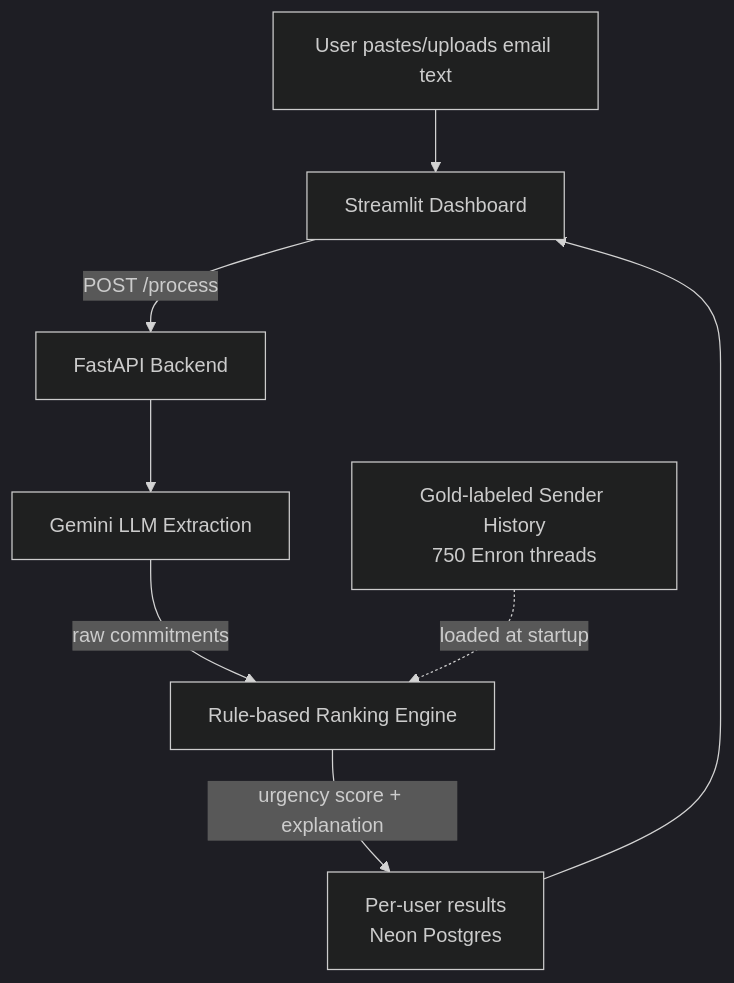
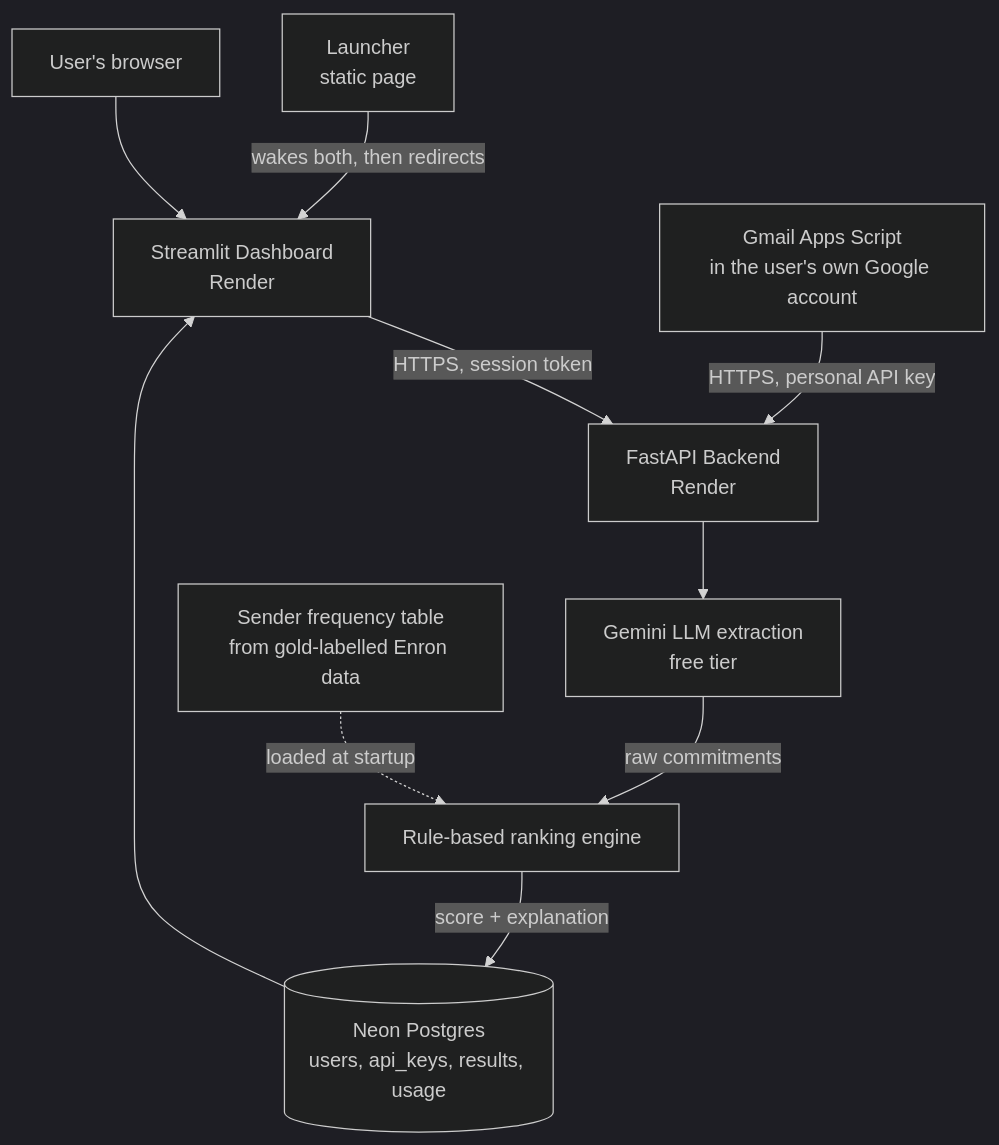
The diagram in README.md (dhruvbansal333/email_project), drawn with Mermaid (dark theme) before and after one commit. The commit also changed other lines of this file, not shown here.

````diff
--- a/README.md
+++ b/README.md
@@ -25,10 +44,12 @@
 ```mermaid
 flowchart TD
-    A[User pastes/uploads email text] --> B[Streamlit Dashboard]
-    B -->|POST /process| C[FastAPI Backend]
-    C --> D[Gemini LLM Extraction]
-    D -->|raw commitments| E[Rule-based Ranking Engine]
-    E -->|urgency score + explanation| F[Per-user results<br/>Neon Postgres]
+    L[Launcher<br/>static page] -->|wakes both, then redirects| B
+    U[User's browser] --> B[Streamlit Dashboard<br/>Render]
+    B -->|HTTPS, session token| C[FastAPI Backend<br/>Render]
+    G[Gmail Apps Script<br/>in the user's own Google account] -->|HTTPS, personal API key| C
+    C --> D[Gemini LLM extraction<br/>free tier]
+    D -->|raw commitments| E[Rule-based ranking engine]
+    E -->|score + explanation| F[(Neon Postgres<br/>users, api_keys, results, usage)]
     F --> B
-    G[Gold-labeled Sender History<br/>750 Enron threads] -.loaded at startup.-> E
+    H[Sender frequency table<br/>from gold-labelled Enron data] -.loaded at startup.-> E
 ```
````
